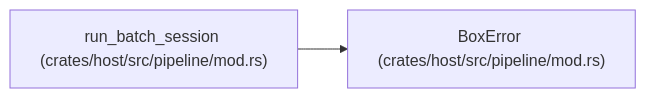
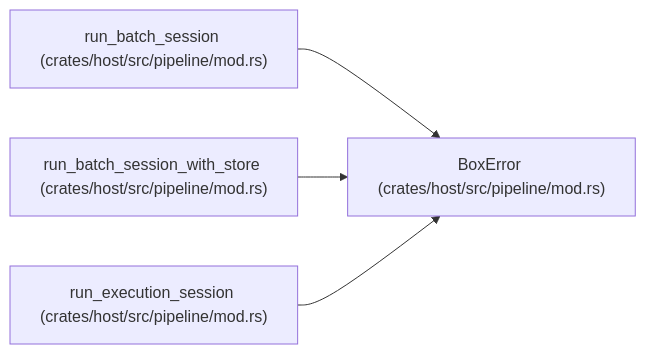
The diagram in docs/llm_wiki/entities/host_src_pipeline_mod_BoxError.md (tcrypt25519/zkpow), drawn with Mermaid before and after one commit. The commit also changed other lines of this file and 90 other files, not shown here.

````diff
--- a/docs/llm_wiki/entities/host_src_pipeline_mod_BoxError.md
+++ b/docs/llm_wiki/entities/host_src_pipeline_mod_BoxError.md
@@ -23,8 +23,14 @@
 ```mermaid
 flowchart LR
     n0["BoxError (crates/host/src/pipeline/mod.rs)"]
     n1["run_batch_session (crates/host/src/pipeline/mod.rs)"]
+    n2["run_batch_session_with_store (crates/host/src/pipeline/mod.rs)"]
+    n3["run_execution_session (crates/host/src/pipeline/mod.rs)"]
     n1 --> n0
+    n2 --> n0
+    n3 --> n0
     click n0 "../modules/host_src_pipeline_mod.md"
     click n1 "../modules/host_src_pipeline_mod.md"
+    click n2 "../modules/host_src_pipeline_mod.md"
+    click n3 "../modules/host_src_pipeline_mod.md"
 ```
````
